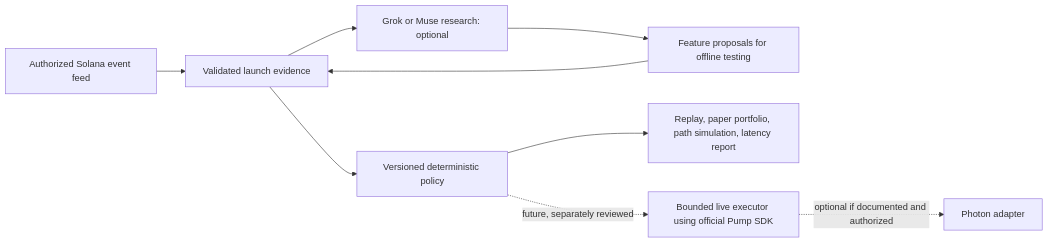
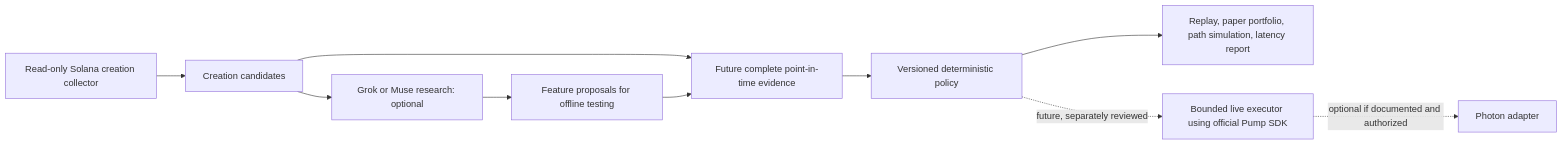
One commit to Positano777/pump-launch-sniper changed the diagram in README.md. Above: the diagram before and after it, drawn with Mermaid. The commit also changed other lines of this file and 13 other files, not shown here.

Commit message:
Add read-only Pump creation collector and mainnet smoke evidence

````diff
--- a/README.md
+++ b/README.md
@@ -54,11 +57,12 @@
 ```mermaid
 flowchart LR
-  F[Authorized Solana event feed] --> E[Validated launch evidence]
-  R[RugHawk-family export, time checked] --> E
-  E --> C[Versioned deterministic policy]
+  F[Read-only Solana creation collector] --> E[Creation candidates]
+  E --> V[Future complete point-in-time evidence]
+  R[RugHawk-family export, time checked] --> V
+  V --> C[Versioned deterministic policy]
   C --> P[Replay, paper portfolio, path simulation, latency report]
   E --> A[Grok or Muse research: optional]
   A --> R[Feature proposals for offline testing]
   C -. future, separately reviewed .-> X[Bounded live executor using official Pump SDK]
   X -. optional if documented and authorized .-> H[Photon adapter]
 ```
````
